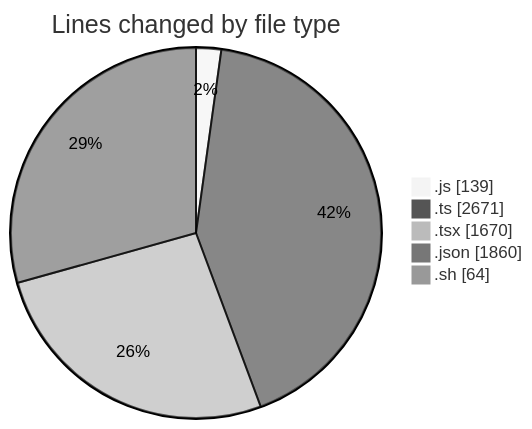
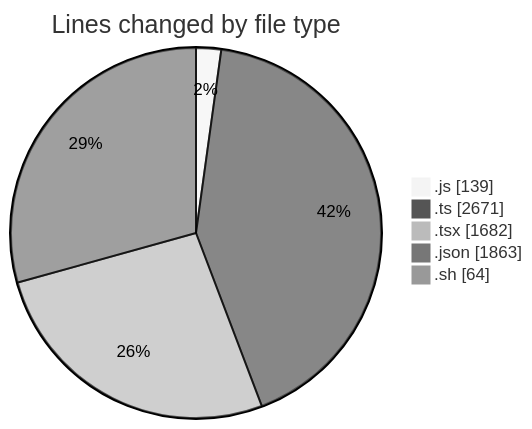
Before and after one commit to EIIisD/code-tracking: the first of 2 diagrams in 2025-07-14/ribbon/README.md, drawn with Mermaid (neutral theme). The commit also changed other lines of this file and 1 other file, not shown here.

````diff
--- a/2025-07-14/ribbon/README.md
+++ b/2025-07-14/ribbon/README.md
@@ -49,9 +49,9 @@
 ```mermaid
 pie showData
 title Lines changed by file type
 ".js" : 139
 ".ts" : 2671
-".tsx" : 1670
-".json" : 1860
+".tsx" : 1682
+".json" : 1863
 ".sh" : 64
 ```
````
